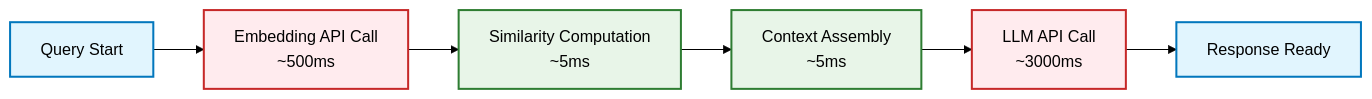
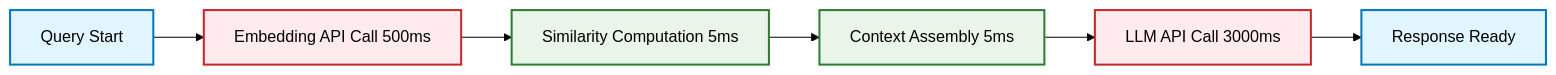
One commit to ovokpus/AIE8 changed diagram 14 of 16 in 02_Embeddings_and_RAG/Understanding_Pythonic_RAG.md. Above: the diagram before and after it, drawn with Mermaid (forest theme). The commit also changed other lines of this file, not shown here.

Commit message:
fixed mermaid

````diff
--- a/02_Embeddings_and_RAG/Understanding_Pythonic_RAG.md
+++ b/02_Embeddings_and_RAG/Understanding_Pythonic_RAG.md
@@ -515,16 +510,16 @@
 ```mermaid
 flowchart LR
-    A[Query Start] --> B[Embedding API Call<br/>~500ms]
-    B --> C[Similarity Computation<br/>~5ms]
-    C --> D[Context Assembly<br/>~5ms]
-    D --> E[LLM API Call<br/>~3000ms]
-    E --> F[Response Ready]
+    A["Query Start"] --> B["Embedding API Call 500ms"]
+    B --> C["Similarity Computation 5ms"]
+    C --> D["Context Assembly 5ms"]
+    D --> E["LLM API Call 3000ms"]
+    E --> F["Response Ready"]
     
     classDef apiCall fill:#ffebee,stroke:#c62828,stroke-width:2px,color:#000000
     classDef localProcess fill:#e8f5e8,stroke:#2e7d32,stroke-width:2px,color:#000000
     classDef endpoint fill:#e1f5fe,stroke:#0277bd,stroke-width:2px,color:#000000
     
     class B,E apiCall
     class C,D localProcess
     class A,F endpoint
 ```
````
